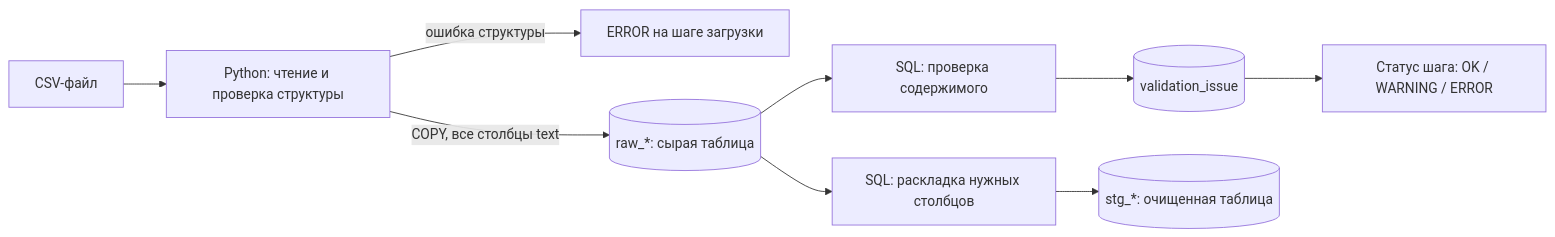
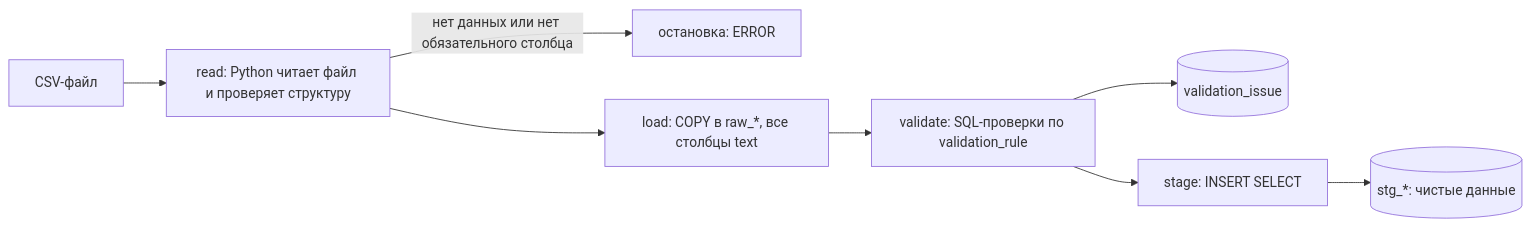
Before and after one commit to 7FireStar7/risk-process-orchestrator: the diagram in docs/validation.md, drawn with Mermaid. The commit also changed other lines of this file and 1 other file, not shown here.

Commit message:
align STACK and validation with implementation

````diff
--- a/docs/validation.md
+++ b/docs/validation.md
@@ -13,11 +22,10 @@
 ```mermaid
 flowchart LR
-    F[CSV-файл] --> P[Python: чтение и проверка структуры]
-    P -- "ошибка структуры" --> E1[ERROR на шаге загрузки]
-    P -- "COPY, все столбцы text" --> R[(raw_*: сырая таблица)]
-    R --> S[SQL: проверка содержимого]
-    S --> V[(validation_issue)]
-    V --> ST[Статус шага: OK / WARNING / ERROR]
-    R --> C[SQL: раскладка нужных столбцов]
-    C --> STG[(stg_*: очищенная таблица)]
+    F["CSV-файл"] --> R1["read: Python читает файл и проверяет структуру"]
+    R1 -- "нет данных или нет обязательного столбца" --> E1["остановка: ERROR"]
+    R1 --> L["load: COPY в raw_*, все столбцы text"]
+    L --> V["validate: SQL-проверки по validation_rule"]
+    V --> I[("validation_issue")]
+    V --> S["stage: INSERT SELECT"]
+    S --> STG[("stg_*: чистые данные")]
 ```
````
